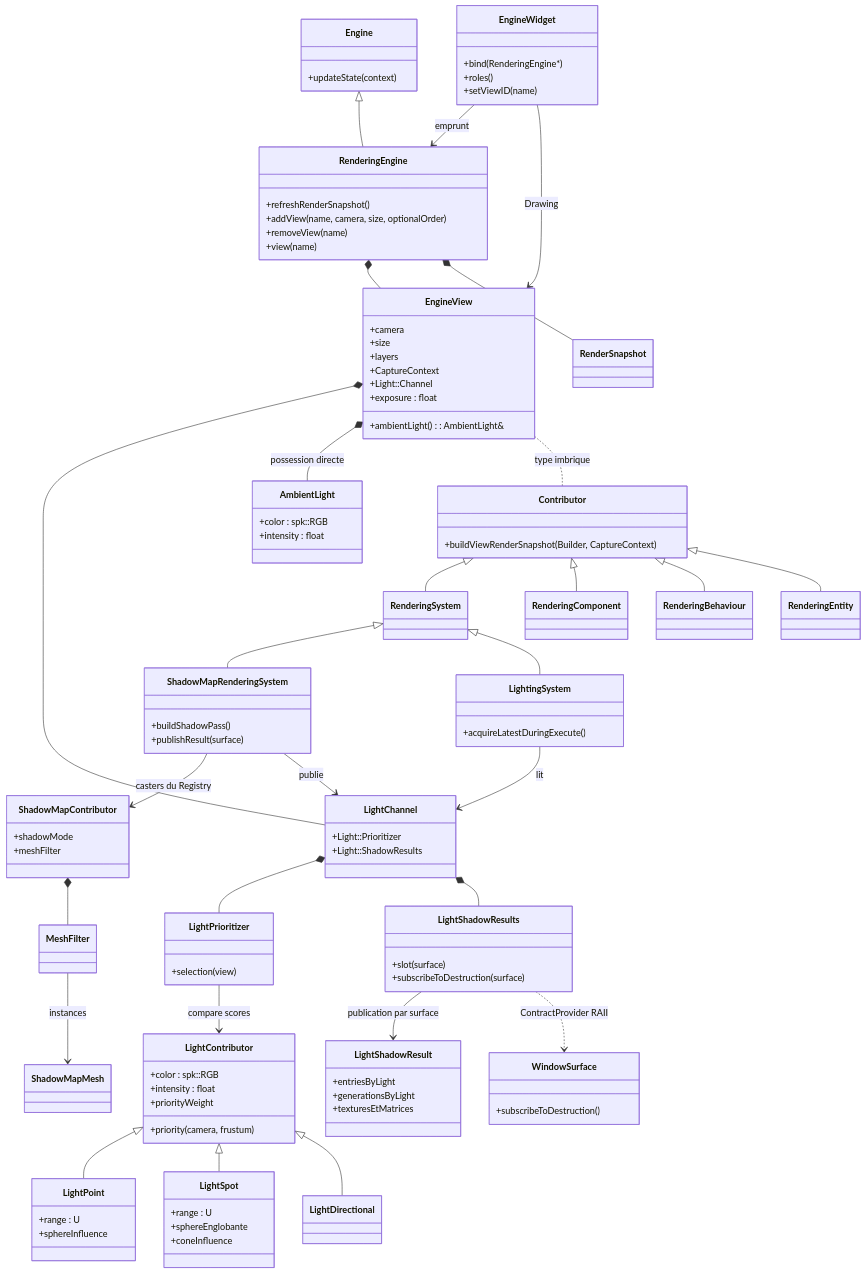
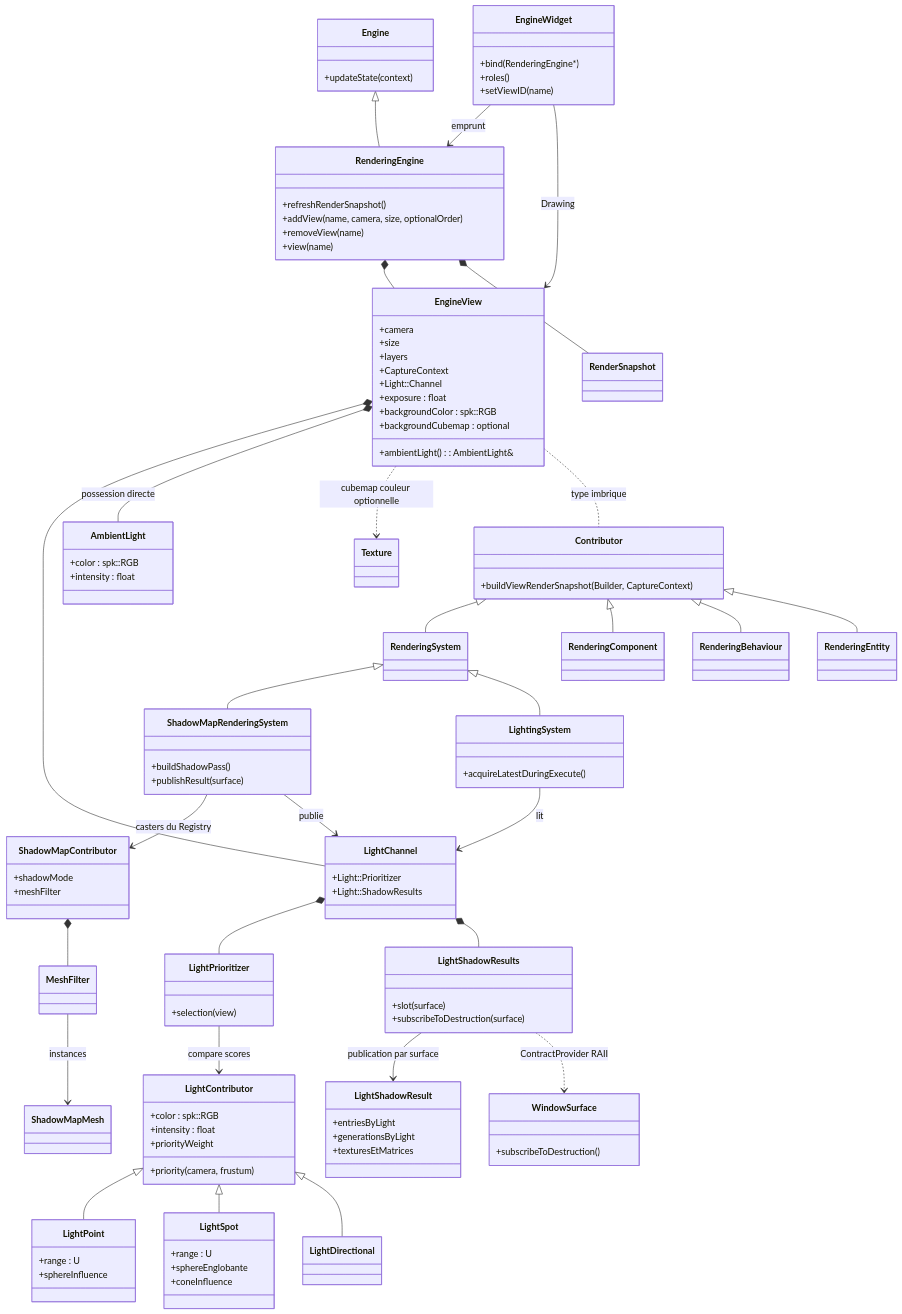
The first of 9 diagrams in docs/voxel-engine-v0.1.4/07-vues-et-passes.md (EreliaStudio/Sparkle), drawn with Mermaid before and after one commit. The commit also changed other lines of this file and 5 other files, not shown here.

Commit message:
docs(v0.1.4): validate opaque EngineView background and scope optional cubemap

```diff
--- a/docs/voxel-engine-v0.1.4/07-vues-et-passes.md
+++ b/docs/voxel-engine-v0.1.4/07-vues-et-passes.md
@@ -27,6 +27,8 @@
     +Light::Channel
     +ambientLight() : AmbientLight&
     +exposure : float
+    +backgroundColor : spk::RGB
+    +backgroundCubemap : optional
   }
   class AmbientLight {
     +color : spk::RGB
@@ -97,6 +99,7 @@
   RenderingEngine *-- RenderSnapshot
   EngineView *-- LightChannel
   EngineView *-- AmbientLight : possession directe
+  EngineView ..> Texture : cubemap couleur optionnelle
   EngineView .. Contributor : type imbrique
   Contributor <|-- RenderingSystem
   Contributor <|-- RenderingComponent
```
